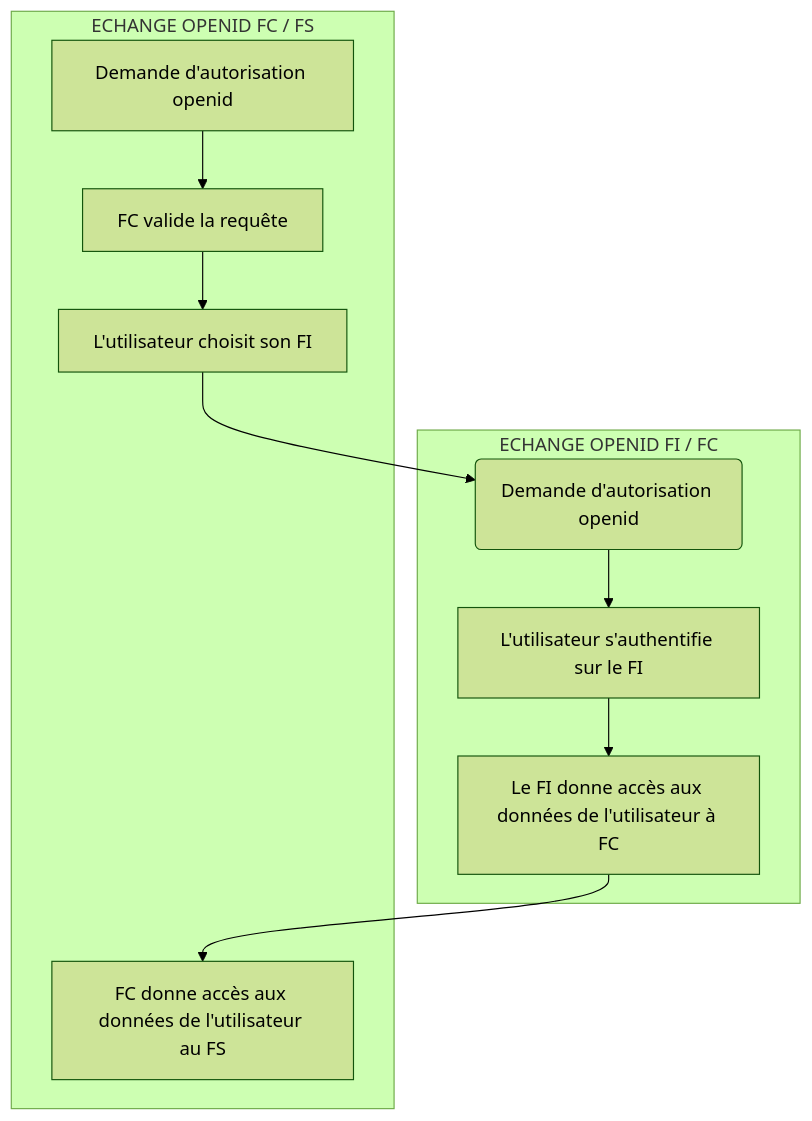
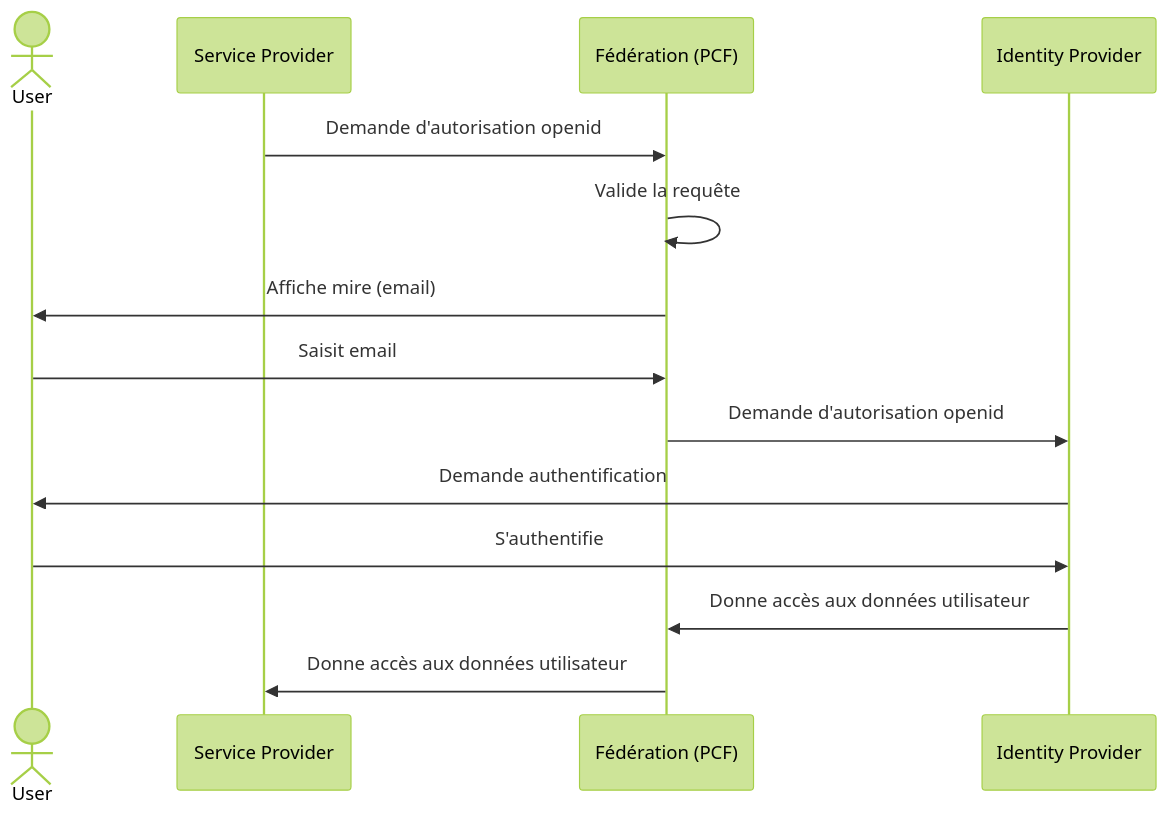
The diagram in back/README.md (proconnect-gouv/federation), drawn with Mermaid (forest theme) before and after one commit. The commit also changed other lines of this file, not shown here.

Commit message:
📝 Improve cinematic diagram readability in back documentation
- Replace FC terminology with PCF for consistency
- Convert to sequence diagram format for better clarity
- Resolve text truncation issues in previous diagram

````diff
--- a/back/README.md
+++ b/back/README.md
@@ -17,16 +17,17 @@
 ```mermaid
-graph TB
-  subgraph "ECHANGE OPENID FI / FC"
-  FiFcFlow(Demande d'autorisation openid)
-  --> Node1.1[L'utilisateur s'authentifie sur le FI]
-  --> Node1.2[Le FI donne accès aux données de l'utilisateur à FC]
-  end
+sequenceDiagram
+  actor User
+  participant FS as Service Provider
+  participant PCF as Fédération (PCF)
+  participant FI as Identity Provider
 
-  subgraph "ECHANGE OPENID FC / FS"
-  Node1[Demande d'autorisation openid]
-  --> Node2[FC valide la requête]
-  --> Node3[L'utilisateur choisit son FI]
-  Node3 --> FiFcFlow
-  Node1.2 --> LastNode[FC donne accès aux données de l'utilisateur au FS]
-  end
+  FS->>PCF: Demande d'autorisation openid
+  PCF->>PCF: Valide la requête
+  PCF->>User: Affiche mire (email)
+  User->>PCF: Saisit email
+  PCF->>FI: Demande d'autorisation openid
+  FI->>User: Demande authentification
+  User->>FI: S'authentifie
+  FI->>PCF: Donne accès aux données utilisateur
+  PCF->>FS: Donne accès aux données utilisateur
 ```
````
